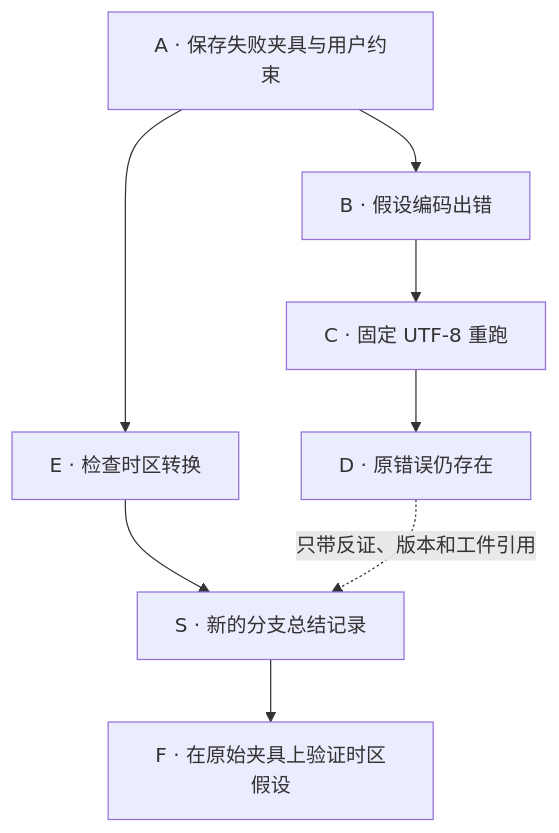
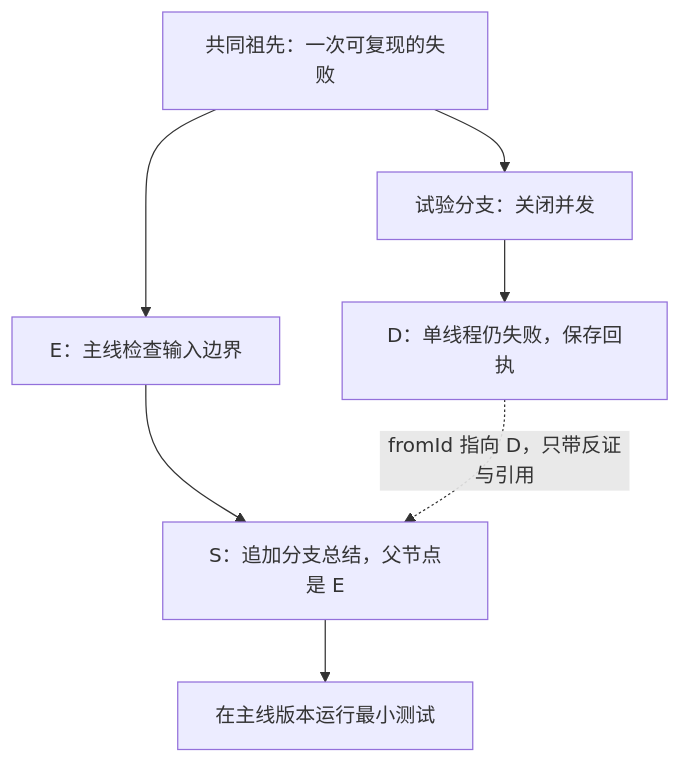
One commit to echonoshy/agent-engineering-handbook changed the second of 2 diagrams in 04-context-engineering-and-compaction/02-context-compaction-and-offloading.md. Above: the diagram before and after it, drawn with Mermaid. The commit also changed other lines of this file and 21 other files, not shown here.

````diff
--- a/04-context-engineering-and-compaction/02-context-compaction-and-offloading.md
+++ b/04-context-engineering-and-compaction/02-context-compaction-and-offloading.md
@@ -149,10 +301,9 @@
 ```mermaid
-flowchart TB
-    A["A · 保存失败夹具与用户约束"] --> B["B · 假设编码出错"]
-    B --> C["C · 固定 UTF-8 重跑"]
-    C --> D["D · 原错误仍存在"]
-    A --> E["E · 检查时区转换"]
-    E --> S["S · 新的分支总结记录"]
-    D -.->|"只带反证、版本和工件引用"| S
-    S --> F["F · 在原始夹具上验证时区假设"]
+flowchart TD
+    A["共同祖先：一次可复现的失败"] --> B["试验分支：关闭并发"]
+    B --> D["D：单线程仍失败，保存回执"]
+    A --> E["E：主线检查输入边界"]
+    E --> S["S：追加分支总结，父节点是 E"]
+    D -.->|"fromId 指向 D，只带反证与引用"| S
+    S --> F["在主线版本运行最小测试"]
 ```
````
